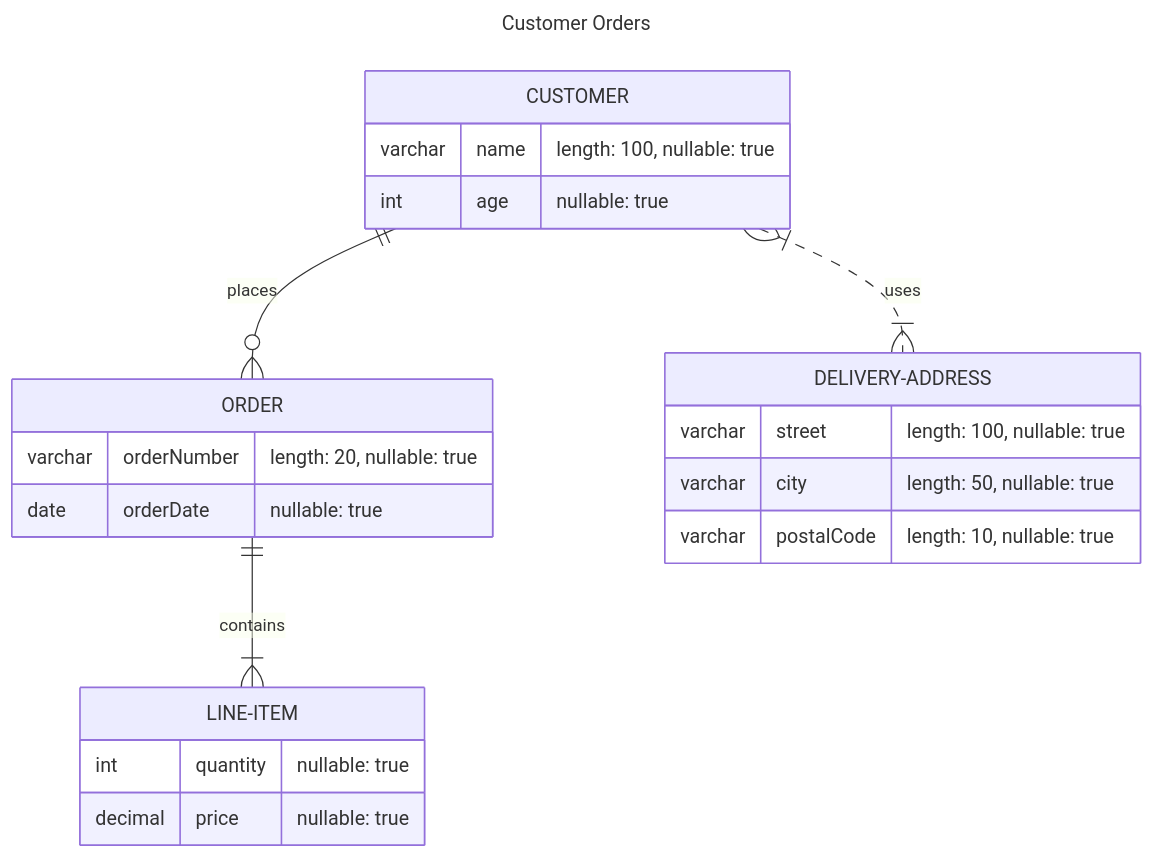
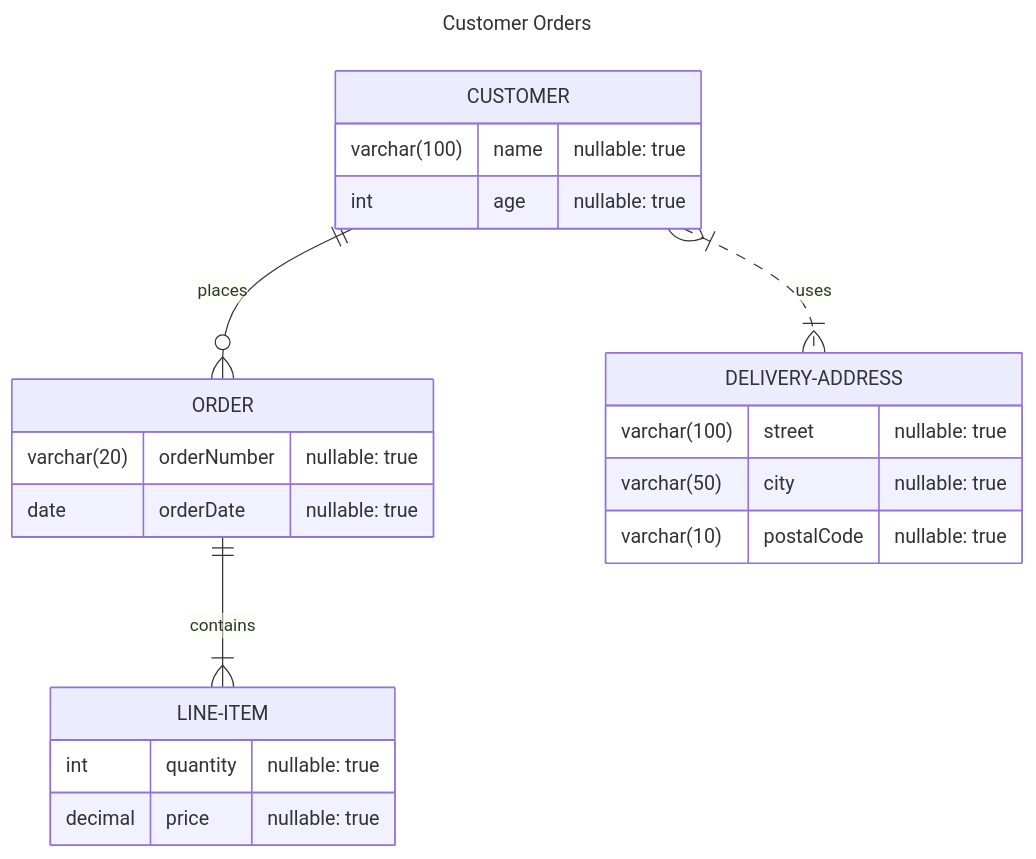
The second of 3 diagrams in README.md (petervdpas/mermaid-bridge), drawn with Mermaid before and after one commit. The commit also changed 1 other file, not shown here.

Commit message:
erd lenght is moved to type

````diff
--- a/README.md
+++ b/README.md
@@ -122,28 +122,28 @@
 ```mermaid
 ---
 title: Customer Orders
 author: Peter van de Pas
 ---
 erDiagram
     CUSTOMER {
-        varchar name "length: 100, nullable: true"
+        varchar(100) name "nullable: true"
         int age "nullable: true"
     }
     ORDER {
-        varchar orderNumber "length: 20, nullable: true"
+        varchar(20) orderNumber "nullable: true"
         date orderDate "nullable: true"
     }
     LINE-ITEM {
         int quantity "nullable: true"
         decimal price "nullable: true"
     }
     DELIVERY-ADDRESS {
-        varchar street "length: 100, nullable: true"
-        varchar city "length: 50, nullable: true"
-        varchar postalCode "length: 10, nullable: true"
+        varchar(100) street "nullable: true"
+        varchar(50) city "nullable: true"
+        varchar(10) postalCode "nullable: true"
     }
 
     CUSTOMER ||--o{ ORDER : places
     ORDER ||--|{ LINE-ITEM : contains
     CUSTOMER }|..|{ DELIVERY-ADDRESS : uses
 ```
````
